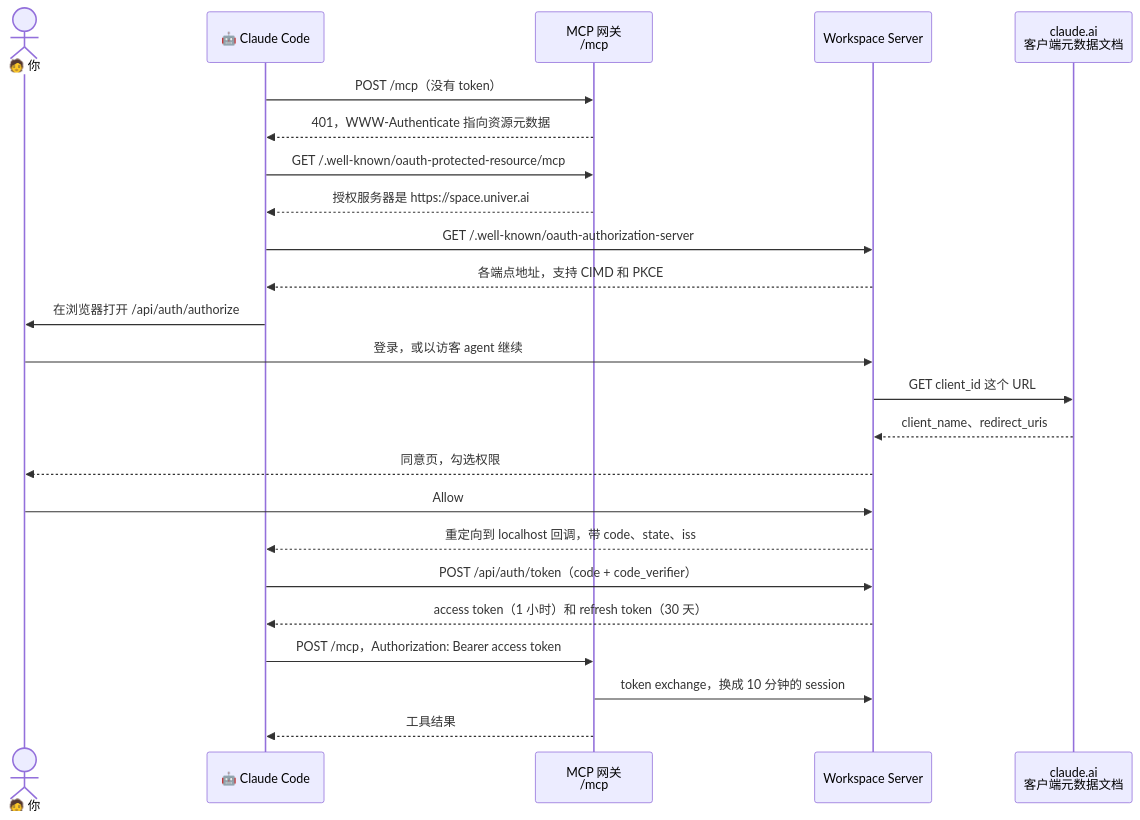
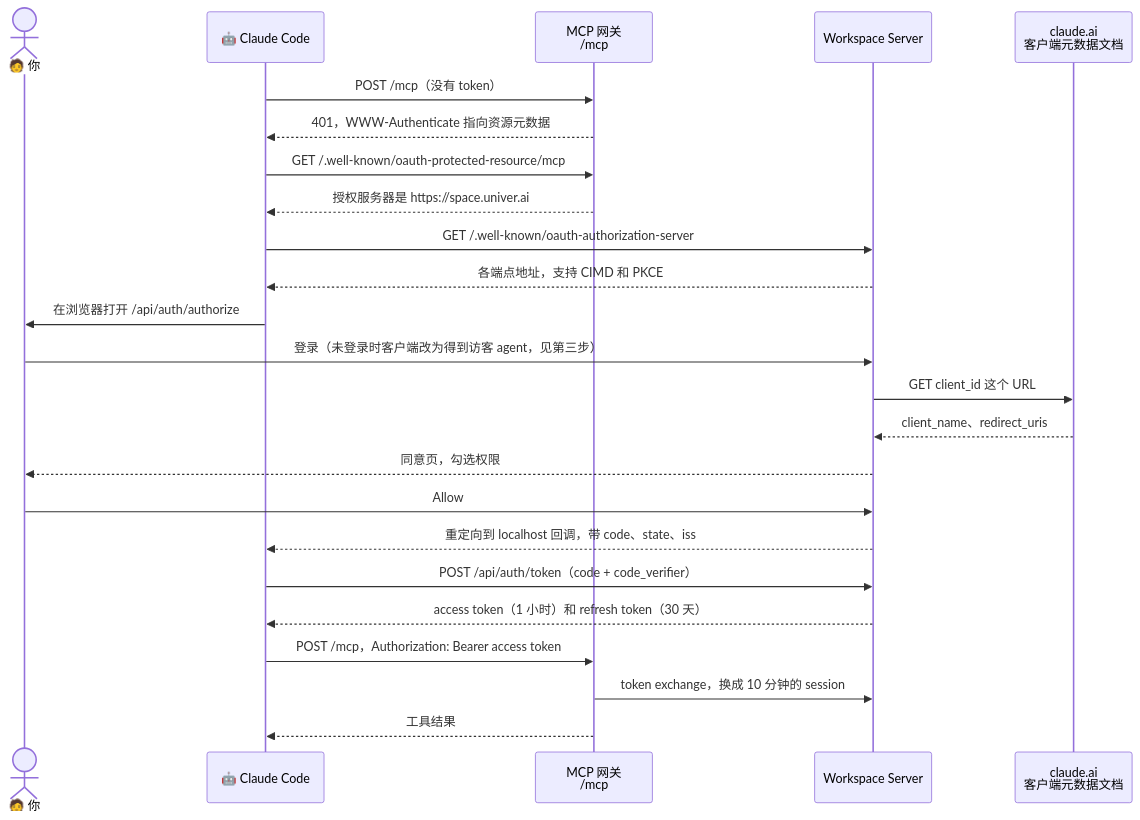
One commit to dream-num/univer-workspace changed the diagram in docs/agent-sign-in.zh-CN.md. Above: the diagram before and after it, drawn with Mermaid. The commit also changed other lines of this file and 19 other files, not shown here.

````diff
--- a/docs/agent-sign-in.zh-CN.md
+++ b/docs/agent-sign-in.zh-CN.md
@@ -40,26 +40,26 @@
 ```mermaid
 sequenceDiagram
     actor U as 🧑 你
     participant C as 🤖 Claude Code
     participant G as MCP 网关<br/>/mcp
     participant W as Workspace Server
     participant D as claude.ai<br/>客户端元数据文档
     C->>G: POST /mcp（没有 token）
     G-->>C: 401，WWW-Authenticate 指向资源元数据
     C->>G: GET /.well-known/oauth-protected-resource/mcp
     G-->>C: 授权服务器是 https://space.univer.ai
     C->>W: GET /.well-known/oauth-authorization-server
     W-->>C: 各端点地址，支持 CIMD 和 PKCE
     C->>U: 在浏览器打开 /api/auth/authorize
-    U->>W: 登录，或以访客 agent 继续
+    U->>W: 登录（未登录时客户端改为得到访客 agent，见第三步）
     W->>D: GET client_id 这个 URL
     D-->>W: client_name、redirect_uris
     W-->>U: 同意页，勾选权限
     U->>W: Allow
     W-->>C: 重定向到 localhost 回调，带 code、state、iss
     C->>W: POST /api/auth/token（code + code_verifier）
     W-->>C: access token（1 小时）和 refresh token（30 天）
     C->>G: POST /mcp，Authorization: Bearer access token
     G->>W: token exchange，换成 10 分钟的 session
     G-->>C: 工具结果
 ```
````
